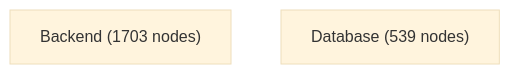
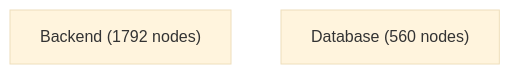
The first of 4 diagrams in docs/architecture-analysis/architecture.report.md (jankneumann/agentic-coding-tools), drawn with Mermaid (base theme) before and after one commit. The commit also changed other lines of this file and 10 other files, not shown here.

First line of the commit message:
chore(architecture): refresh analysis artifacts

````diff
--- a/docs/architecture-analysis/architecture.report.md
+++ b/docs/architecture-analysis/architecture.report.md
@@ -530,5 +551,5 @@
 ```mermaid
 flowchart TB
-    Backend["Backend (1703 nodes)"]
-    Database["Database (539 nodes)"]
+    Backend["Backend (1792 nodes)"]
+    Database["Database (560 nodes)"]
 ```
````
